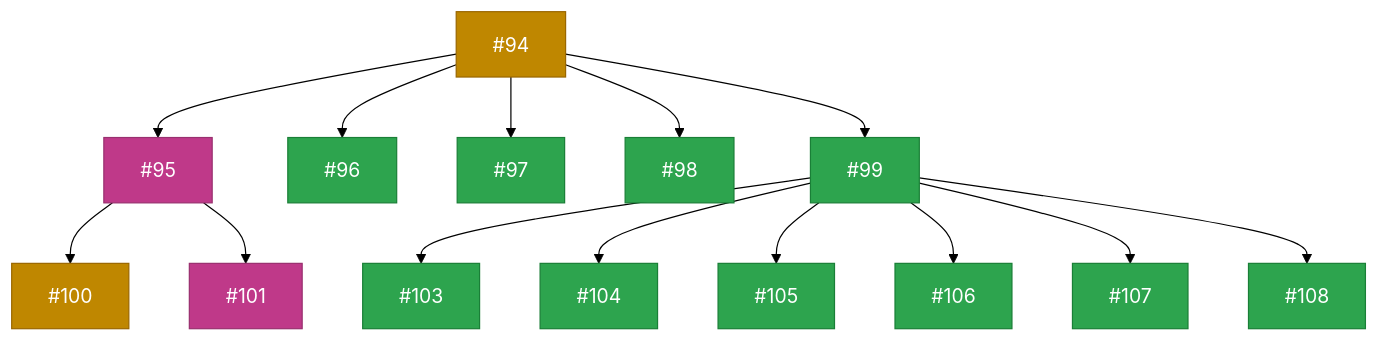
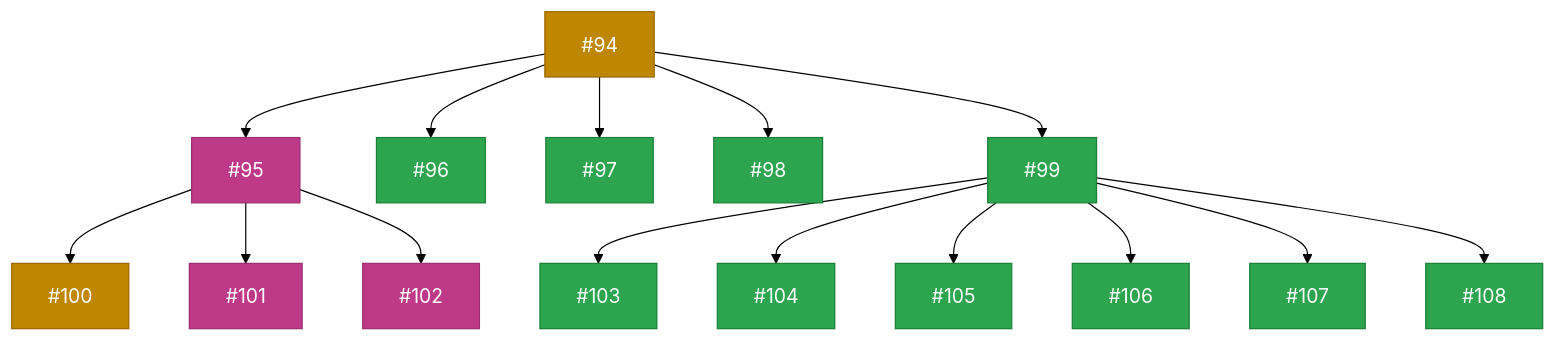
The ninth of 9 diagrams in README.md (zappfish/zapp-requirements-tracker), drawn with Mermaid (forest theme) before and after one commit. The commit also changed other lines of this file and 3 other files, not shown here.

````diff
--- a/README.md
+++ b/README.md
@@ -441,45 +441,47 @@
 ```mermaid
 graph TD
     R7["#94"]:::inprogress
 
     R7A["#95"]:::backlog
     R7B["#96"]:::stable
     R7C["#97"]:::stable
     R7D["#98"]:::done
     R7E["#99"]:::stable
     R7 --> R7A & R7B & R7C & R7D & R7E
 
     R7A1["#100"]:::inprogress
     R7A2["#101"]:::backlog
-    R7A --> R7A1 & R7A2
+    R7A3["#102"]:::backlog
+    R7A --> R7A1 & R7A2 & R7A3
 
     R7E1["#103"]:::done
     R7E2["#104"]:::done
     R7E3["#105"]:::done
     R7E4["#106"]:::done
     R7E5["#107"]:::done
     R7E6["#108"]:::done
     R7E --> R7E1 & R7E2 & R7E3 & R7E4 & R7E5 & R7E6
 
     click R7 href "https://github.com/zappfish/zapp-requirements-tracker/issues/94" _blank
     click R7A href "https://github.com/zappfish/zapp-requirements-tracker/issues/95" _blank
     click R7B href "https://github.com/zappfish/zapp-requirements-tracker/issues/96" _blank
     click R7C href "https://github.com/zappfish/zapp-requirements-tracker/issues/97" _blank
     click R7D href "https://github.com/zappfish/zapp-requirements-tracker/issues/98" _blank
     click R7E href "https://github.com/zappfish/zapp-requirements-tracker/issues/99" _blank
     click R7A1 href "https://github.com/zappfish/zapp-requirements-tracker/issues/100" _blank
     click R7A2 href "https://github.com/zappfish/zapp-requirements-tracker/issues/101" _blank
+    click R7A3 href "https://github.com/zappfish/zapp-requirements-tracker/issues/102" _blank
     click R7E1 href "https://github.com/zappfish/zapp-requirements-tracker/issues/103" _blank
     click R7E2 href "https://github.com/zappfish/zapp-requirements-tracker/issues/104" _blank
     click R7E3 href "https://github.com/zappfish/zapp-requirements-tracker/issues/105" _blank
     click R7E4 href "https://github.com/zappfish/zapp-requirements-tracker/issues/106" _blank
     click R7E5 href "https://github.com/zappfish/zapp-requirements-tracker/issues/107" _blank
     click R7E6 href "https://github.com/zappfish/zapp-requirements-tracker/issues/108" _blank
 
     classDef backlog fill:#bf3989,stroke:#99306f,color:#fff
     classDef upnext fill:#0969da,stroke:#0550ae,color:#fff
     classDef inprogress fill:#bf8700,stroke:#9a6700,color:#fff
     classDef inreview fill:#8250df,stroke:#6639ba,color:#fff
     classDef stable fill:#2da44e,stroke:#1a7f37,color:#fff
     classDef done fill:#2da44e,stroke:#1a7f37,color:#fff
 ```
````
